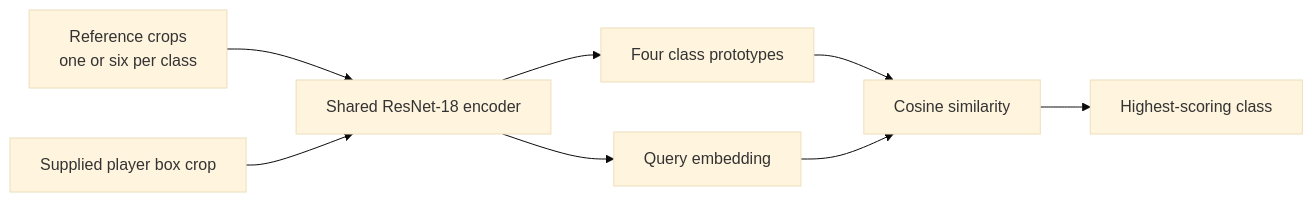
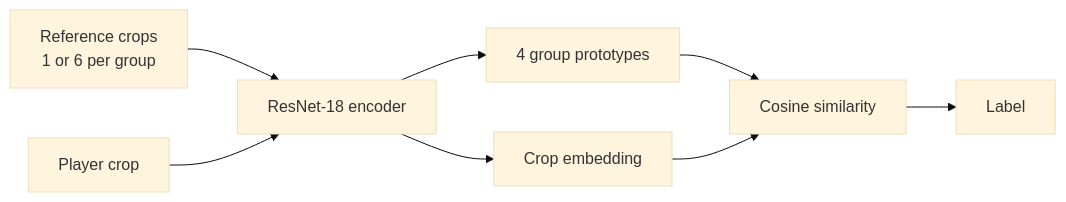
One commit to Hmenez3s/few-shot-team-goalkeeper-assignment changed the diagram in README.md. Above: the diagram before and after it, drawn with Mermaid (base theme). The commit also changed other lines of this file, not shown here.

````diff
--- a/README.md
+++ b/README.md
@@ -21,10 +43,10 @@
 ```mermaid
 flowchart LR
-    R["Reference crops<br/>one or six per class"] --> E["Shared ResNet-18 encoder"]
-    Q["Supplied player box crop"] --> E
-    E --> P["Four class prototypes"]
-    E --> V["Query embedding"]
+    R["Reference crops<br/>1 or 6 per group"] --> E["ResNet-18 encoder"]
+    Q["Player crop"] --> E
+    E --> P["4 group prototypes"]
+    E --> V["Crop embedding"]
     P --> S["Cosine similarity"]
     V --> S
-    S --> L["Highest-scoring class"]
+    S --> L["Label"]
 ```
````
